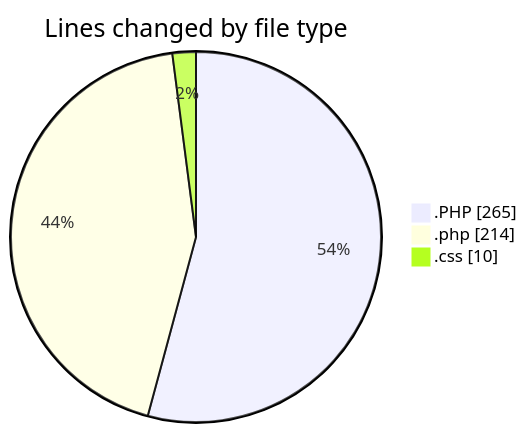
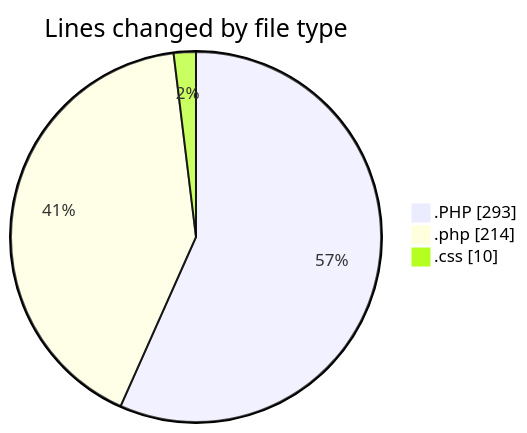
One commit to LanceThiago/code-tracking changed the first of 2 diagrams in 2025-05-15/jogo/README.md. Above: the diagram before and after it, drawn with Mermaid. The commit also changed other lines of this file and 1 other file, not shown here.

````diff
--- a/2025-05-15/jogo/README.md
+++ b/2025-05-15/jogo/README.md
@@ -22,7 +22,7 @@
 ```mermaid
 pie showData
 title Lines changed by file type
-".PHP" : 265
+".PHP" : 293
 ".php" : 214
 ".css" : 10
 ```
````
